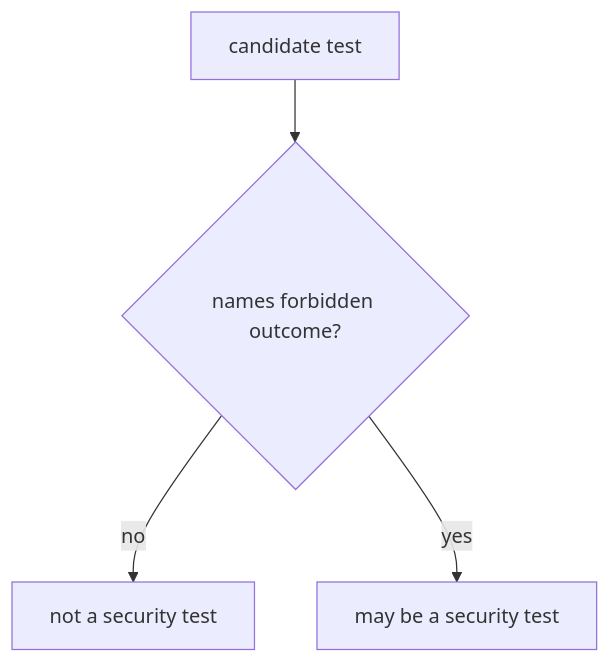
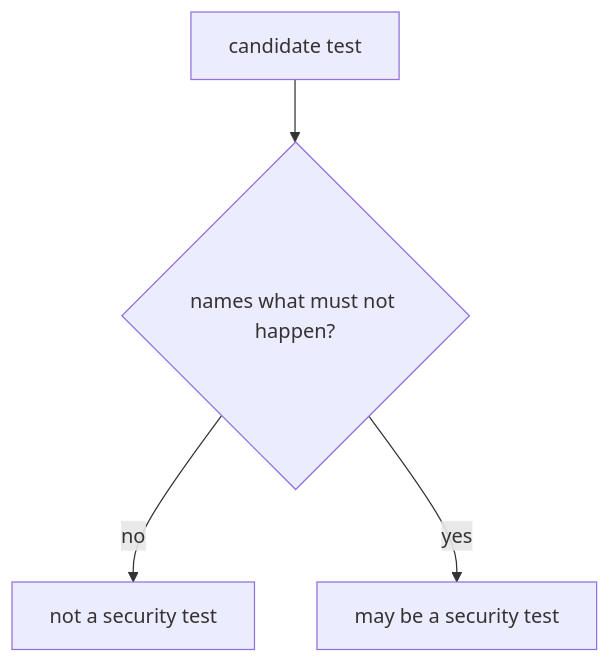
The first of 2 diagrams in content/modules/9/9.3/lessons/01-property.md (ishitvagoel/LearnSecurity), drawn with Mermaid before and after one commit. The commit also changed other lines of this file and 39 other files, not shown here.

````diff
--- a/content/modules/9/9.3/lessons/01-property.md
+++ b/content/modules/9/9.3/lessons/01-property.md
@@ -19,6 +18,6 @@
 ```mermaid
 flowchart TD
-  Test[candidate test] --> Shape{"names forbidden outcome?"}
+  Test[candidate test] --> Shape{"names what must not happen?"}
   Shape -->|no| NotSec[not a security test]
   Shape -->|yes| Sec[may be a security test]
 ```
````
